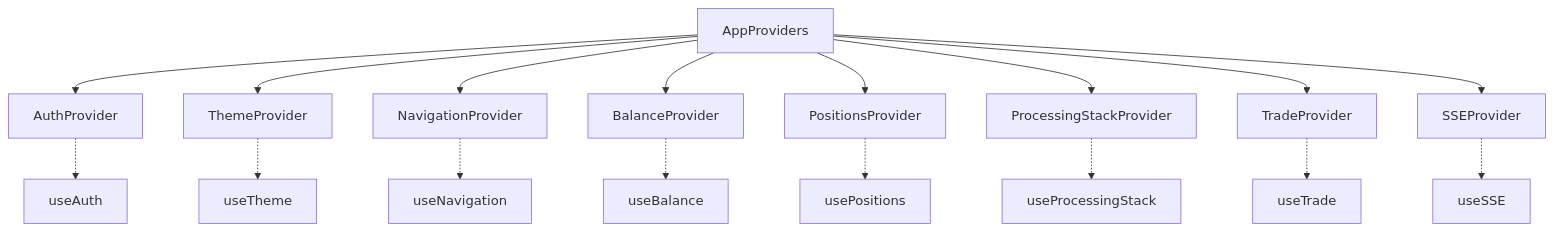
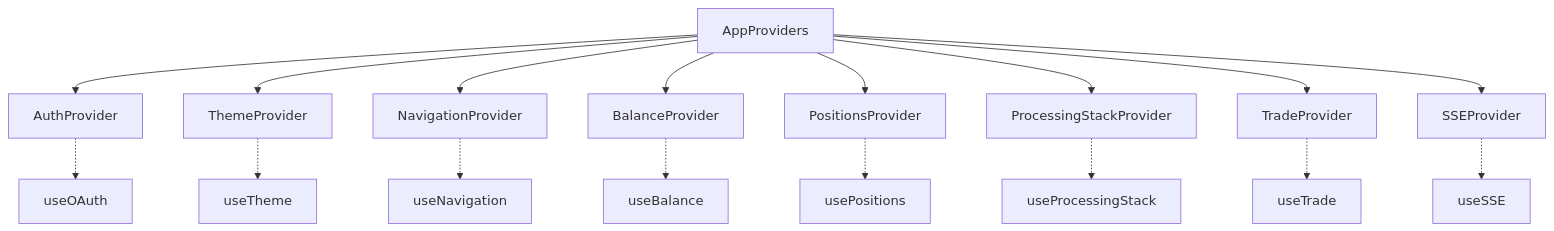
Before and after one commit to the-code-writer/koppo-online: the second of 5 diagrams in memory-bank/systemPatterns.md, drawn with Mermaid. The commit also changed other lines of this file and 470 other files, not shown here.

Commit message:
Cleaned the login flow

````diff
--- a/memory-bank/systemPatterns.md
+++ b/memory-bank/systemPatterns.md
@@ -298,20 +298,20 @@
 ```mermaid
 graph TD
     A[AppProviders] --> B[AuthProvider]
     A --> C[ThemeProvider]
     A --> D[NavigationProvider]
     A --> E[BalanceProvider]
     A --> F[PositionsProvider]
     A --> G[ProcessingStackProvider]
     A --> H[TradeProvider]
     A --> I[SSEProvider]
     
-    B -.-> J[useAuth]
+    B -.-> J[useOAuth]
     C -.-> K[useTheme]
     D -.-> L[useNavigation]
     E -.-> M[useBalance]
     F -.-> N[usePositions]
     G -.-> O[useProcessingStack]
     H -.-> P[useTrade]
     I -.-> Q[useSSE]
 ```
````
